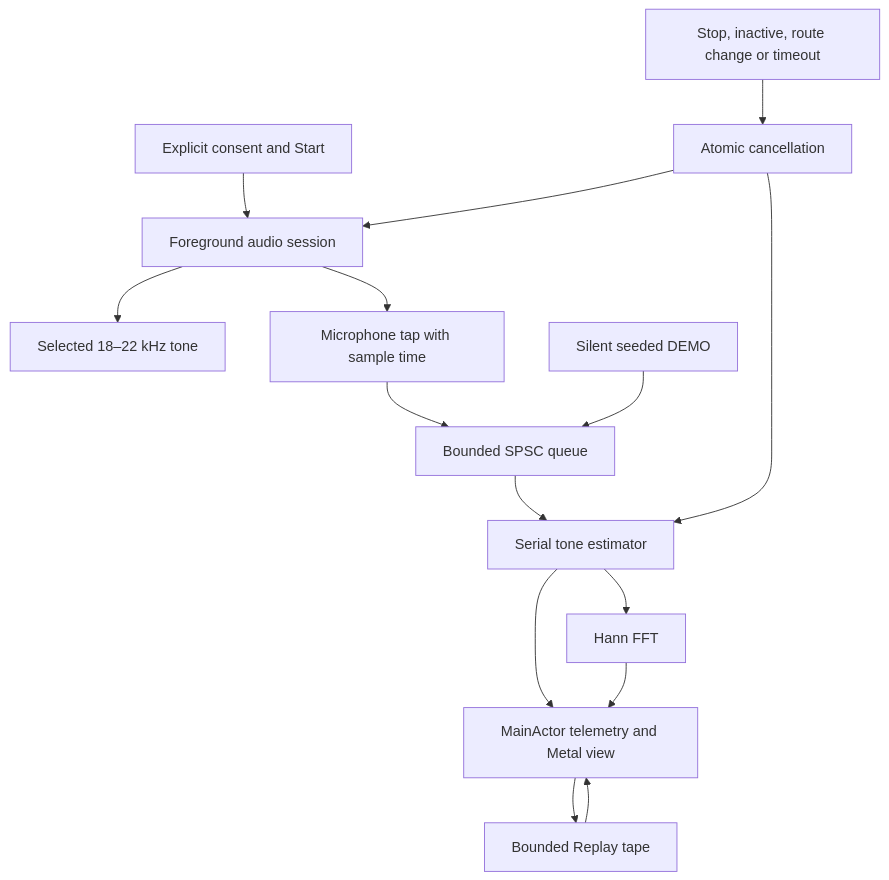
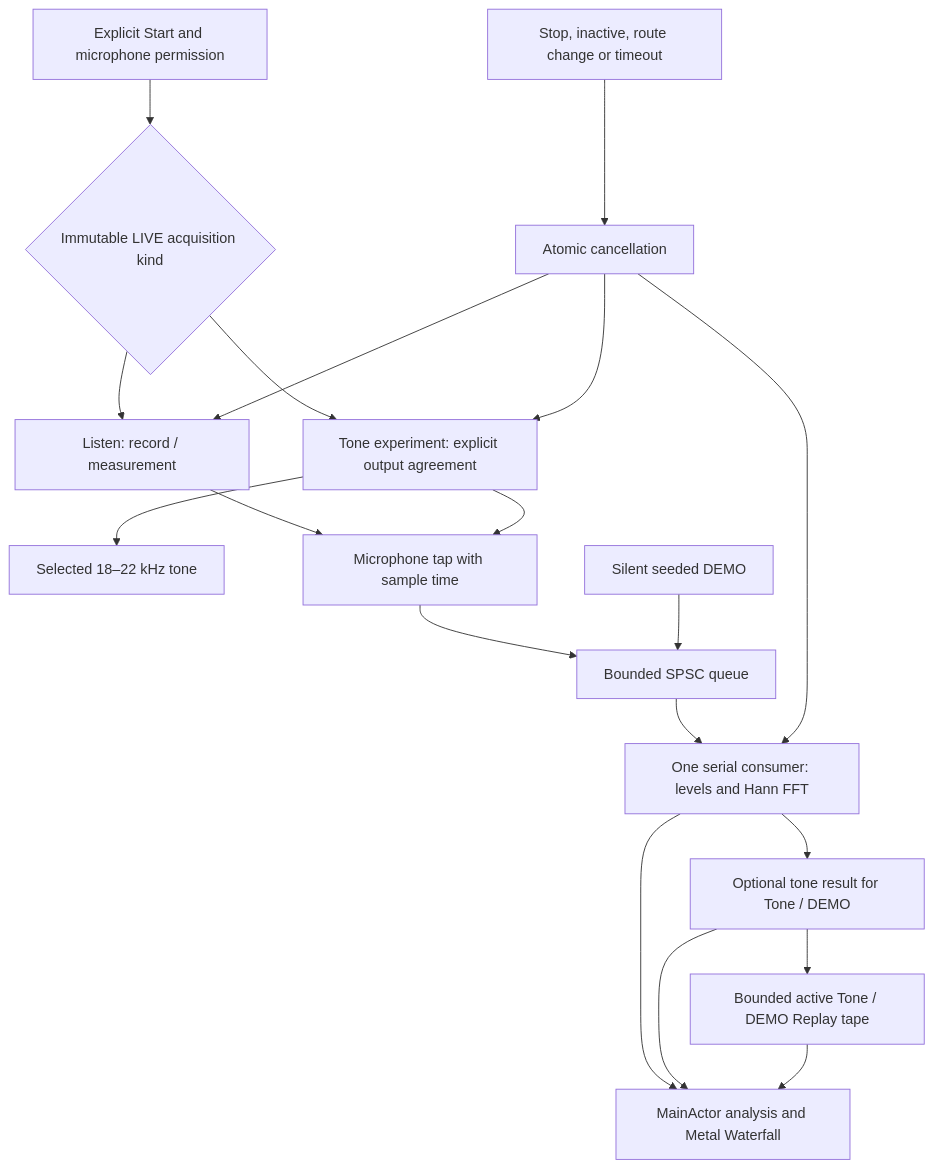
One commit to timelabs-npo/Rhea-RF-Spanner changed the diagram in docs/ARCHITECTURE.md. Above: the diagram before and after it, drawn with Mermaid. The commit also changed other lines of this file and 25 other files, not shown here.

First line of the commit message:
Add input-only Listen mode with independent spectrum and retained diagnostics

````diff
--- a/docs/ARCHITECTURE.md
+++ b/docs/ARCHITECTURE.md
@@ -9,17 +9,21 @@
 ```mermaid
 flowchart TD
-    Consent["Explicit consent and Start"] --> Audio["Foreground audio session"]
-    Audio --> Tone["Selected 18–22 kHz tone"]
-    Audio --> Tap["Microphone tap with sample time"]
+    Start["Explicit Start and microphone permission"] --> Kind{"Immutable LIVE acquisition kind"}
+    Kind --> Listen["Listen: record / measurement"]
+    Kind --> Active["Tone experiment: explicit output agreement"]
+    Active --> Tone["Selected 18–22 kHz tone"]
+    Listen --> Tap["Microphone tap with sample time"]
+    Active --> Tap
     Tap --> Ring["Bounded SPSC queue"]
     Demo["Silent seeded DEMO"] --> Ring
-    Ring --> DSP["Serial tone estimator"]
-    DSP --> UI["MainActor telemetry and Metal view"]
-    DSP --> Spectrum["Hann FFT"]
-    Spectrum --> UI
-    UI --> Tape["Bounded Replay tape"]
+    Ring --> DSP["One serial consumer: levels and Hann FFT"]
+    DSP --> Optional["Optional tone result for Tone / DEMO"]
+    DSP --> UI["MainActor analysis and Metal Waterfall"]
+    Optional --> UI
+    Optional --> Tape["Bounded active Tone / DEMO Replay tape"]
     Tape --> UI
     Stop["Stop, inactive, route change or timeout"] --> Cancel["Atomic cancellation"]
-    Cancel --> Audio
+    Cancel --> Listen
+    Cancel --> Active
     Cancel --> DSP
 ```
````
